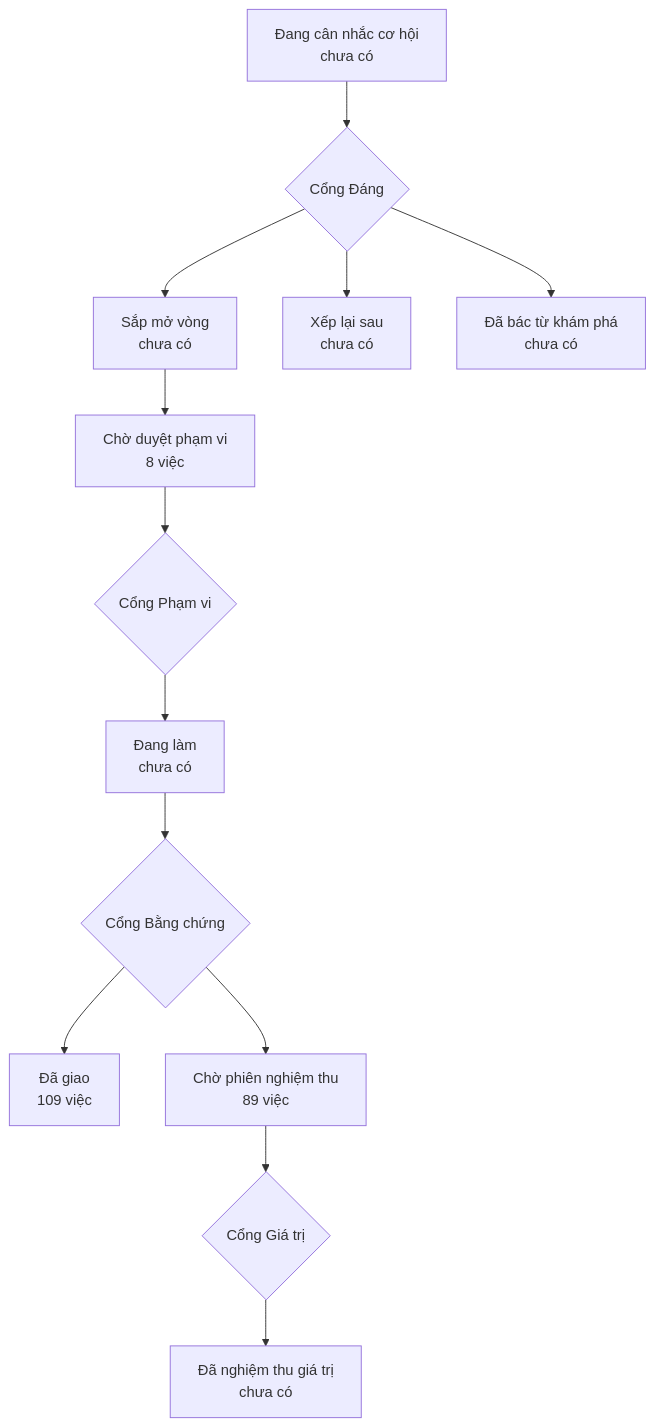
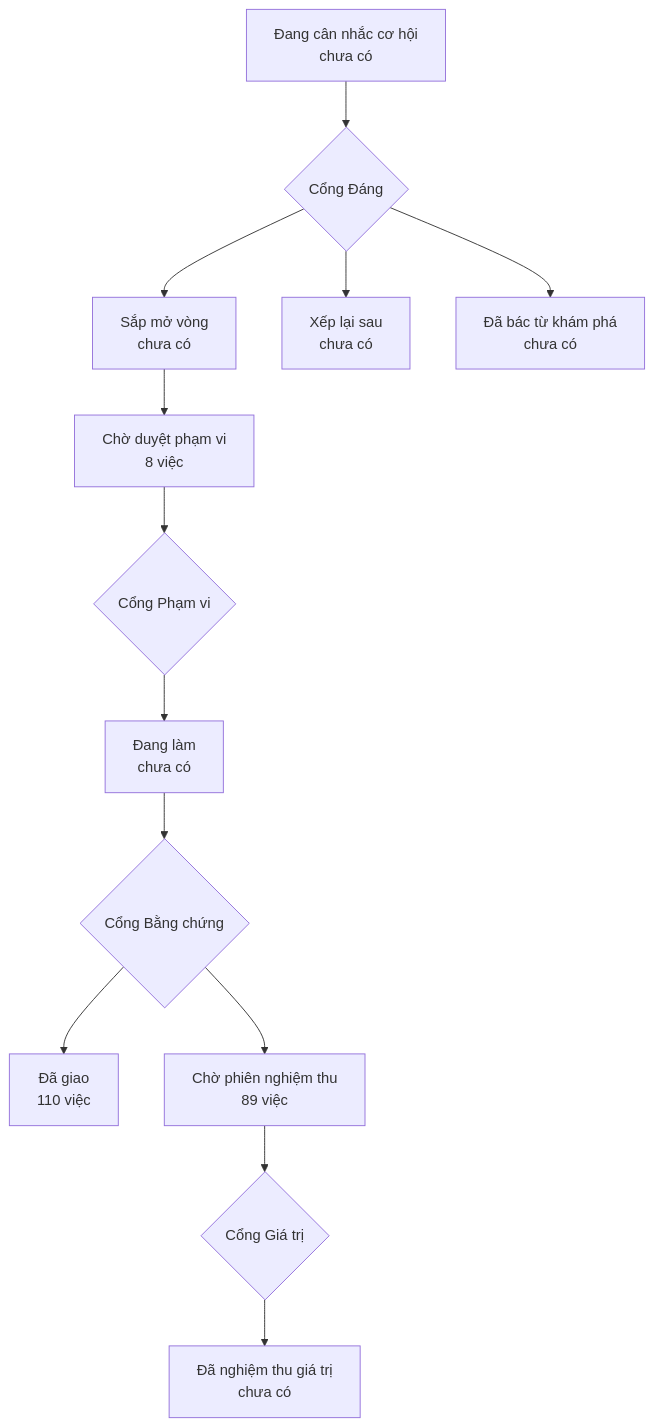
Before and after one commit to phanlemanh/onehub-invest: the diagram in PRODUCT-MAP.md, drawn with Mermaid. The commit also changed other lines of this file and 1 other file, not shown here.

Commit message:
chore(nhan-bac-model-lon-s03): vẽ lại bản đồ sau gộp main 4df51f9c

````diff
--- a/PRODUCT-MAP.md
+++ b/PRODUCT-MAP.md
@@ -7,12 +7,12 @@
 ```mermaid
 flowchart TD
   A["Đang cân nhắc cơ hội<br/>chưa có"] --> GD{"Cổng Đáng"}
   GD --> B["Sắp mở vòng<br/>chưa có"]
   GD --> XL["Xếp lại sau<br/>chưa có"]
   GD --> DB["Đã bác từ khám phá<br/>chưa có"]
   B --> CD["Chờ duyệt phạm vi<br/>8 việc"] --> GP{"Cổng Phạm vi"}
   GP --> DL["Đang làm<br/>chưa có"] --> GB{"Cổng Bằng chứng"}
-  GB --> DG["Đã giao<br/>109 việc"]
+  GB --> DG["Đã giao<br/>110 việc"]
   GB --> CN["Chờ phiên nghiệm thu<br/>89 việc"] --> GG{"Cổng Giá trị"}
   GG --> NT["Đã nghiệm thu giá trị<br/>chưa có"]
 ```
````
